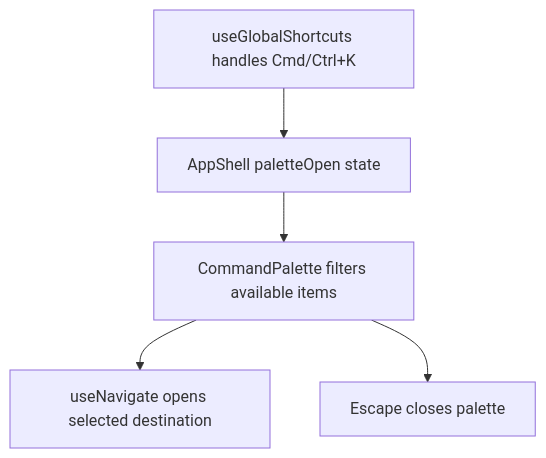
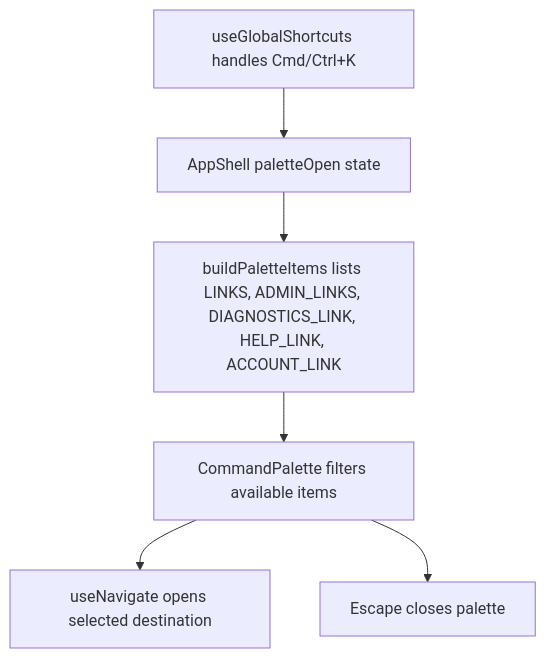
The second of 2 diagrams in user-stories/navigation/US-NAV-08-command-palette.md (Kevinjohn/capacitylens), drawn with Mermaid before and after one commit. The commit also changed other lines of this file and 35 other files, not shown here.

````diff
--- a/user-stories/navigation/US-NAV-08-command-palette.md
+++ b/user-stories/navigation/US-NAV-08-command-palette.md
@@ -34,7 +34,8 @@
 ```mermaid
 flowchart TD
   key["useGlobalShortcuts handles Cmd/Ctrl+K"] --> state["AppShell paletteOpen state"]
-  state --> palette["CommandPalette filters available items"]
+  state --> items["buildPaletteItems lists LINKS, ADMIN_LINKS, DIAGNOSTICS_LINK, HELP_LINK, ACCOUNT_LINK"]
+  items --> palette["CommandPalette filters available items"]
   palette --> navigate["useNavigate opens selected destination"]
   palette --> close["Escape closes palette"]
 ```
````
